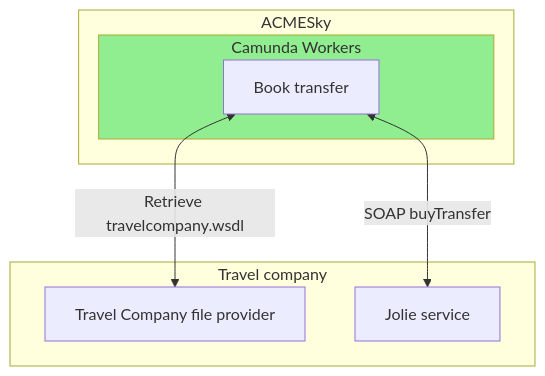
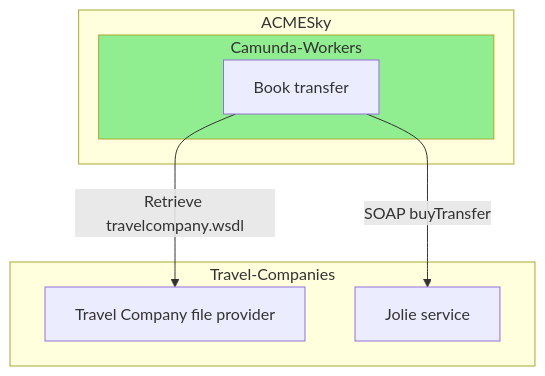
Before and after one commit to sosengers/project-documentation: the fifth of 8 diagrams in docs/implementazione/acmesky.md, drawn with Mermaid. The commit also changed other lines of this file and 17 other files, not shown here.

Commit message:
Modificati diagrammi

````diff
--- a/docs/implementazione/acmesky.md
+++ b/docs/implementazione/acmesky.md
@@ -131,17 +131,17 @@
 ```mermaid
 graph TD
-CW1 <-->|Retrieve travelcompany.wsdl| TCf
-CW1 <-->|SOAP buyTransfer| TC
+CW1 -->|Retrieve travelcompany.wsdl| TCf
+CW1 -->|SOAP buyTransfer| TC
 
 subgraph ACMESky
-subgraph Camunda-Workers[Camunda Workers]
+subgraph Camunda-Workers
 CW1[Book transfer]
 end
 end
 
-subgraph TCs[Travel company]
+subgraph Travel-Companies
 TC[Jolie service]
 TCf[Travel Company file provider]
 end
 style Camunda-Workers fill:#90EE90
 ```
````
